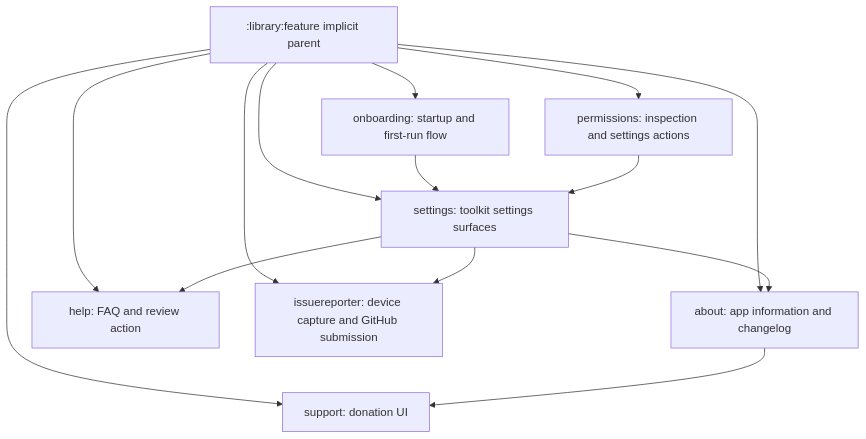
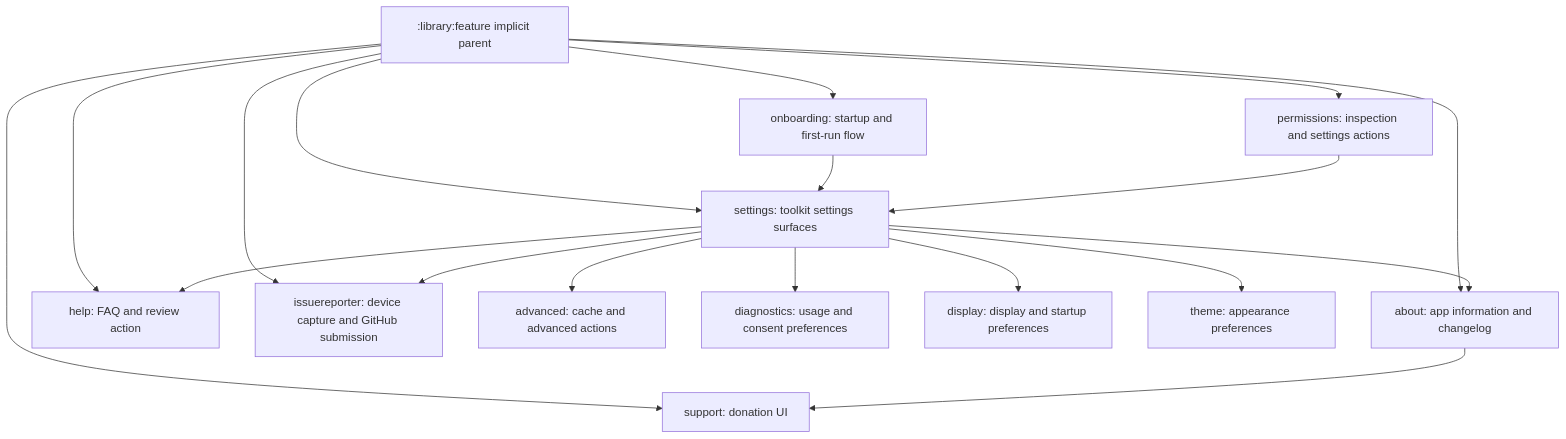
The diagram in library/feature/README.md (MihaiCristianCondrea/App-Toolkit-for-Android), drawn with Mermaid before and after one commit. The commit also changed other lines of this file and 35 other files, not shown here.

````diff
--- a/library/feature/README.md
+++ b/library/feature/README.md
@@ -29,16 +29,20 @@
 ```mermaid
 flowchart TD
     Parent[":library:feature implicit parent"] --> About["about: app information and changelog"]
     Parent --> Help["help: FAQ and review action"]
     Parent --> Reporter["issuereporter: device capture and GitHub submission"]
     Parent --> Onboarding["onboarding: startup and first-run flow"]
     Parent --> Permissions["permissions: inspection and settings actions"]
     Parent --> Settings["settings: toolkit settings surfaces"]
     Parent --> Support["support: donation UI"]
+    Settings --> Advanced["advanced: cache and advanced actions"]
+    Settings --> Diagnostics["diagnostics: usage and consent preferences"]
+    Settings --> Display["display: display and startup preferences"]
+    Settings --> Theme["theme: appearance preferences"]
     Settings --> About
     Settings --> Help
     Settings --> Reporter
     Onboarding --> Settings
     Permissions --> Settings
     About --> Support
 ```
````
